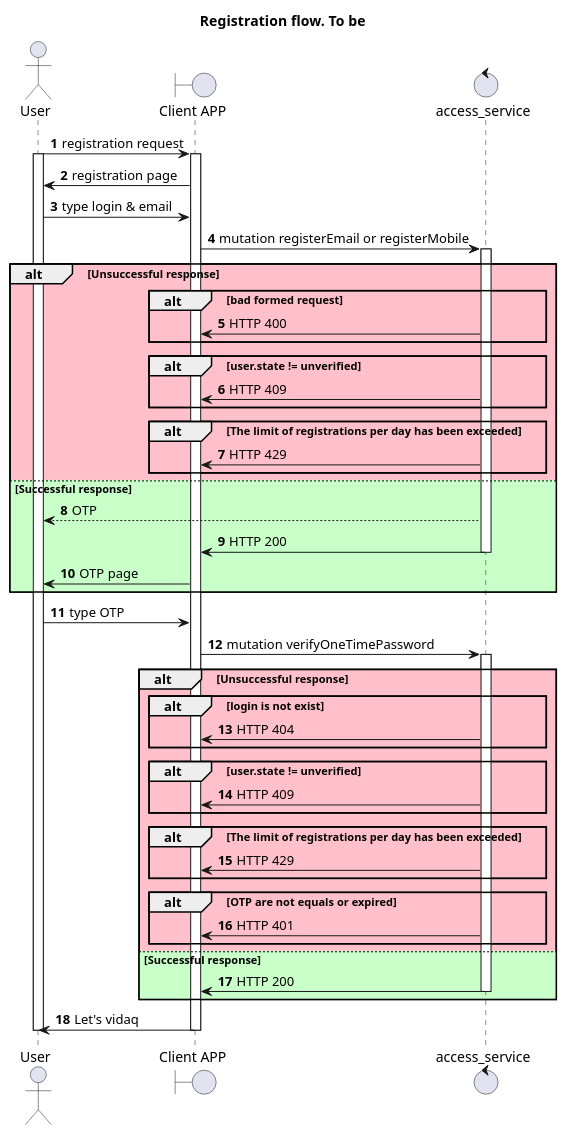
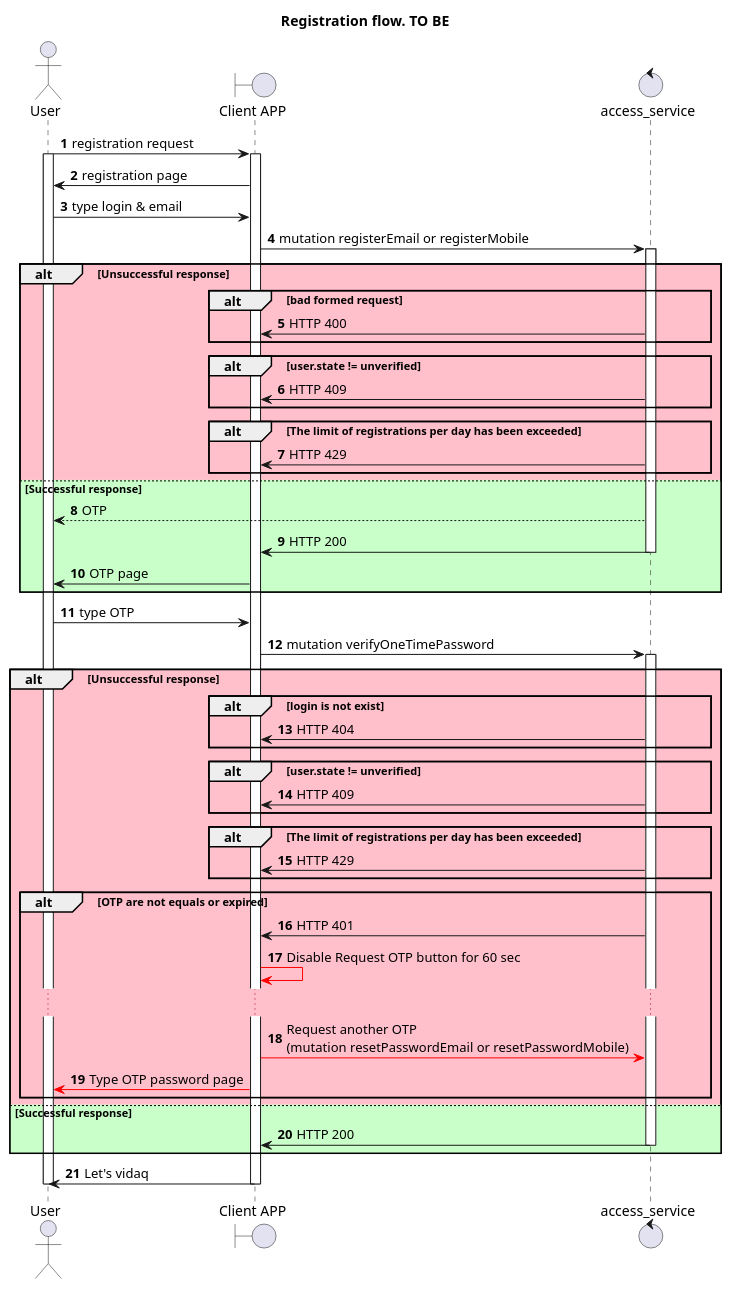
Before and after one commit to algruwork/work: the diagram in schemas/registration_flow_to_be.puml, drawn with PlantUML. The commit also changed 1 other file, not shown here.

Commit message:
simplify registration_flow_to_be.puml and fogotPasswordToBe.puml

```diff
--- a/schemas/registration_flow_to_be.puml
+++ b/schemas/registration_flow_to_be.puml
@@ -1,73 +1,77 @@
 @startuml
 
-title "Registration flow. To be"
+title "Registration flow. TO BE"
 
 actor User as U
 boundary "Client APP" as GUI
 control "access_service" as AC
 
 autonumber
 
 U -> GUI: registration request
 activate U
 activate GUI
 GUI -> U: registration page
 U -> GUI: type login & email
 GUI -> AC: mutation registerEmail or registerMobile
 activate AC
 
 
 alt #Pink Unsuccessful response
 
 alt #Pink bad formed request
 AC -> GUI: HTTP 400
 end
 
 alt #Pink user.state != unverified
 AC -> GUI: HTTP 409
 end
 
 alt #Pink The limit of registrations per day has been exceeded
 AC -> GUI: HTTP 429
 end
 
 else #Technology Successful response
 AC --> U: OTP
 AC -> GUI: HTTP 200
 deactivate AC
 
 GUI -> U: OTP page
 end
 
 U -> GUI: type OTP
 GUI -> AC: mutation verifyOneTimePassword
 activate AC
 
 alt #Pink Unsuccessful response
 alt #Pink login is not exist
 AC -> GUI: HTTP 404
 end
 
 alt #Pink user.state != unverified
 AC -> GUI: HTTP 409
 end
 
 alt #Pink The limit of registrations per day has been exceeded
 AC -> GUI: HTTP 429
 end
 
 alt #Pink OTP are not equals or expired
 AC -> GUI: HTTP 401
+GUI [#Red]-> GUI: Disable Request OTP button for 60 sec
+...
+GUI [#Red]-> AC: Request another OTP\n(mutation resetPasswordEmail or resetPasswordMobile)
+GUI [#Red]-> U:  Type OTP password page
 end
 
 else #Technology Successful response
 AC -> GUI: HTTP 200
 deactivate AC
 end
 
 GUI -> U: Let's vidaq
 deactivate GUI
 deactivate U
 
 
 @enduml
```
